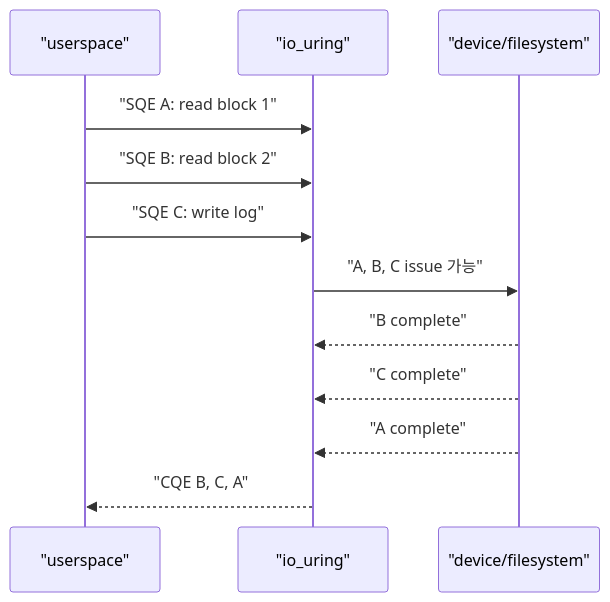
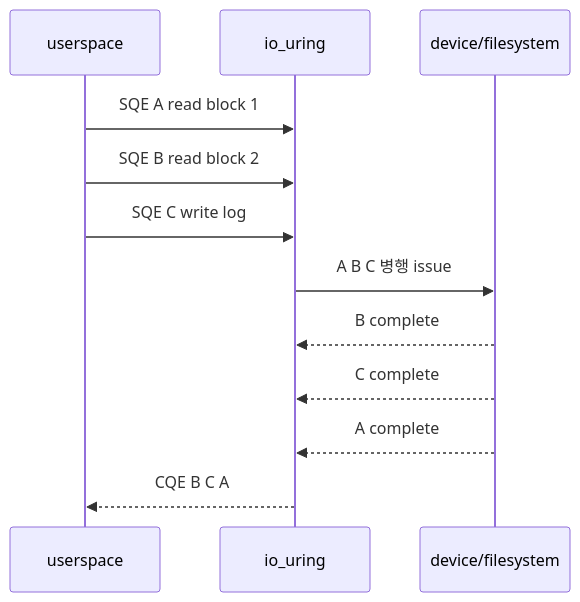
The first of 3 diagrams in learning/ubuntu-linux-internals/11-io-uring-ordering-errors-and-fsync.md (mj006648/netai-devsecops-runbook), drawn with Mermaid before and after one commit. The commit also changed other lines of this file and 68 other files, not shown here.

````diff
--- a/learning/ubuntu-linux-internals/11-io-uring-ordering-errors-and-fsync.md
+++ b/learning/ubuntu-linux-internals/11-io-uring-ordering-errors-and-fsync.md
@@ -11,14 +15,14 @@
-```mermaid
+~~~mermaid
 sequenceDiagram
-    participant U as "userspace"
-    participant K as "io_uring"
-    participant D as "device/filesystem"
-    U->>K: "SQE A: read block 1"
-    U->>K: "SQE B: read block 2"
-    U->>K: "SQE C: write log"
-    K->>D: "A, B, C issue 가능"
-    D-->>K: "B complete"
-    D-->>K: "C complete"
-    D-->>K: "A complete"
-    K-->>U: "CQE B, C, A"
-```
+    participant U as userspace
+    participant R as io_uring
+    participant D as device/filesystem
+    U->>R: SQE A read block 1
+    U->>R: SQE B read block 2
+    U->>R: SQE C write log
+    R->>D: A B C 병행 issue
+    D-->>R: B complete
+    D-->>R: C complete
+    D-->>R: A complete
+    R-->>U: CQE B C A
+~~~
````
